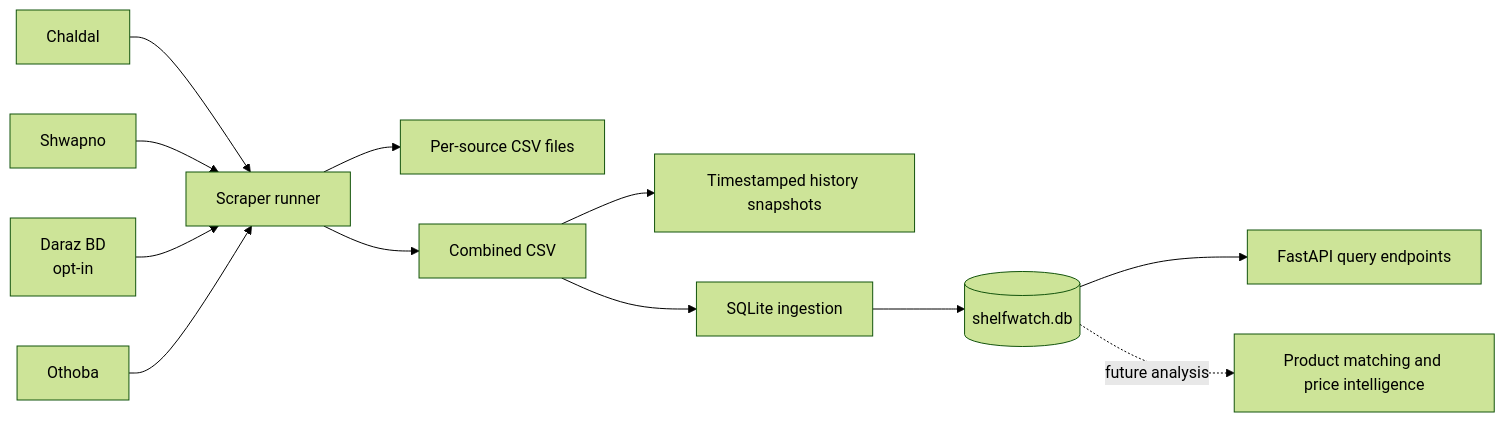
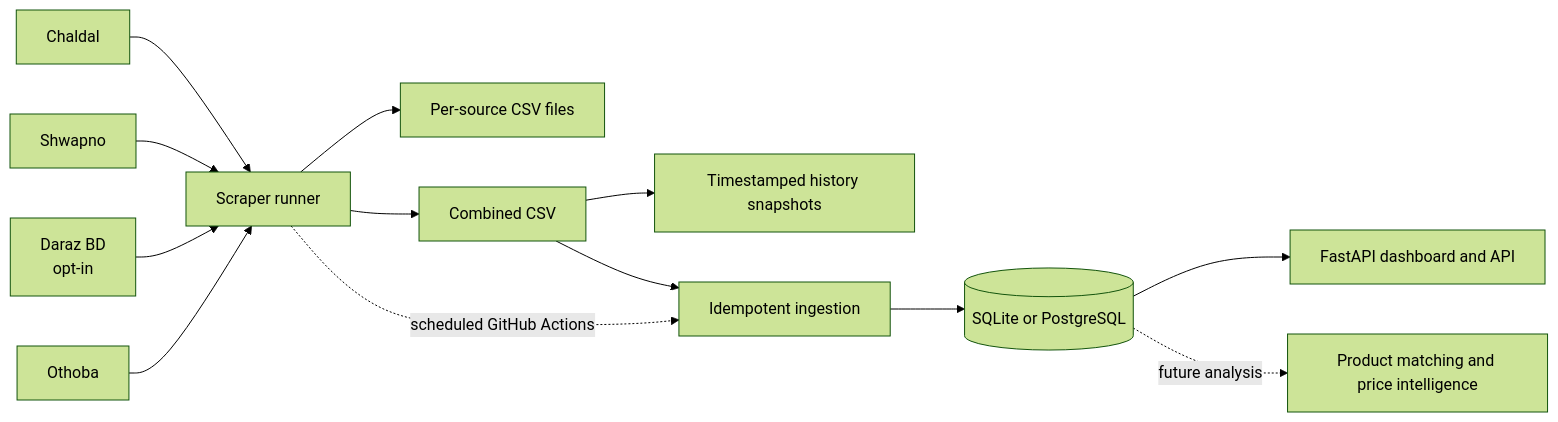
One commit to mutassimalzeem/ShelfWatch changed the diagram in README.md. Above: the diagram before and after it, drawn with Mermaid (forest theme). The commit also changed other lines of this file and 13 other files, not shown here.

````diff
--- a/README.md
+++ b/README.md
@@ -60,14 +58,15 @@
 ```mermaid
 flowchart LR
     A[Chaldal] --> S[Scraper runner]
     B[Shwapno] --> S
     C[Daraz BD<br/>opt-in] --> S
     D[Othoba] --> S
     S --> L[Per-source CSV files]
     S --> CMB[Combined CSV]
     CMB --> H[Timestamped history snapshots]
-    CMB --> I[SQLite ingestion]
-    I --> DB[(shelfwatch.db)]
-    DB --> API[FastAPI query endpoints]
+    CMB --> I[Idempotent ingestion]
+    I --> DB[(SQLite or PostgreSQL)]
+    DB --> API[FastAPI dashboard and API]
+    S -. scheduled GitHub Actions .-> I
     DB -. future analysis .-> F[Product matching and price intelligence]
 ```
````
